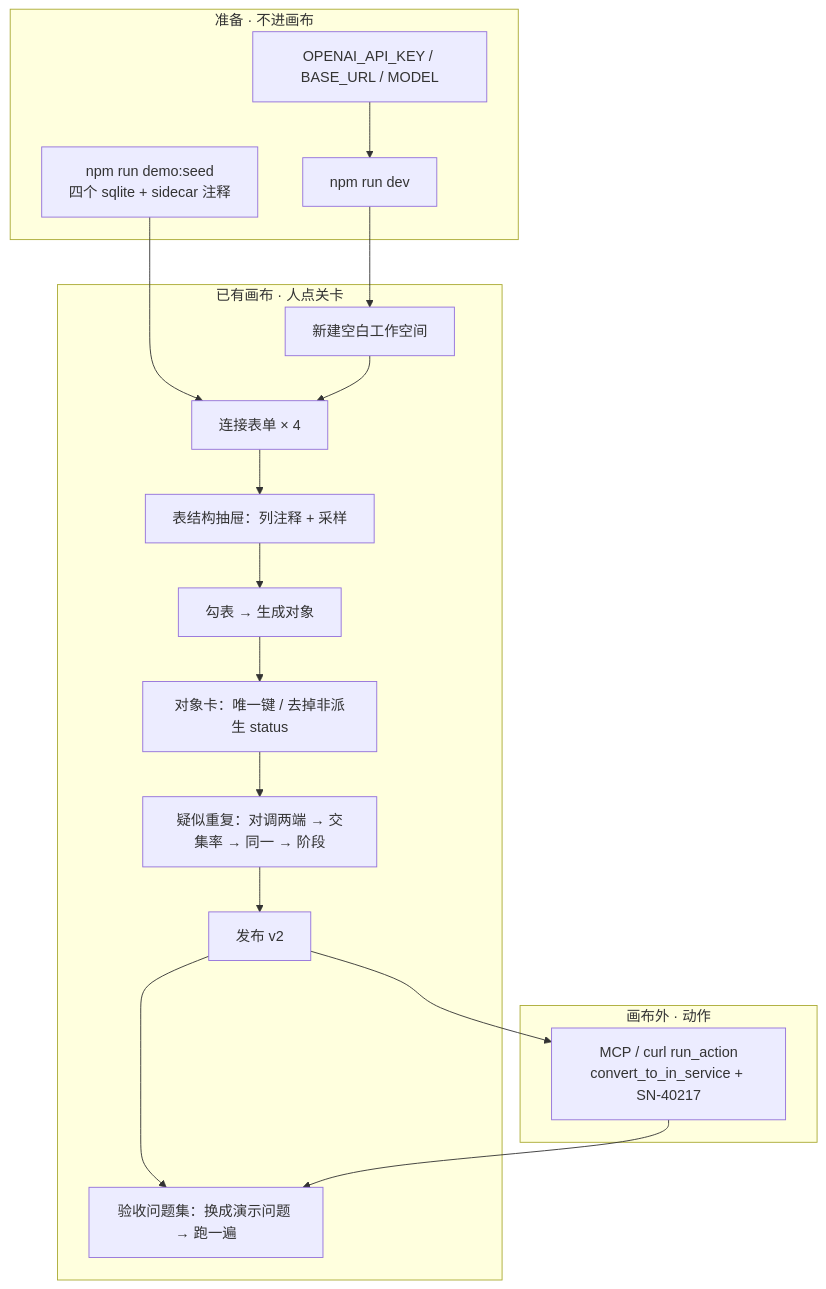
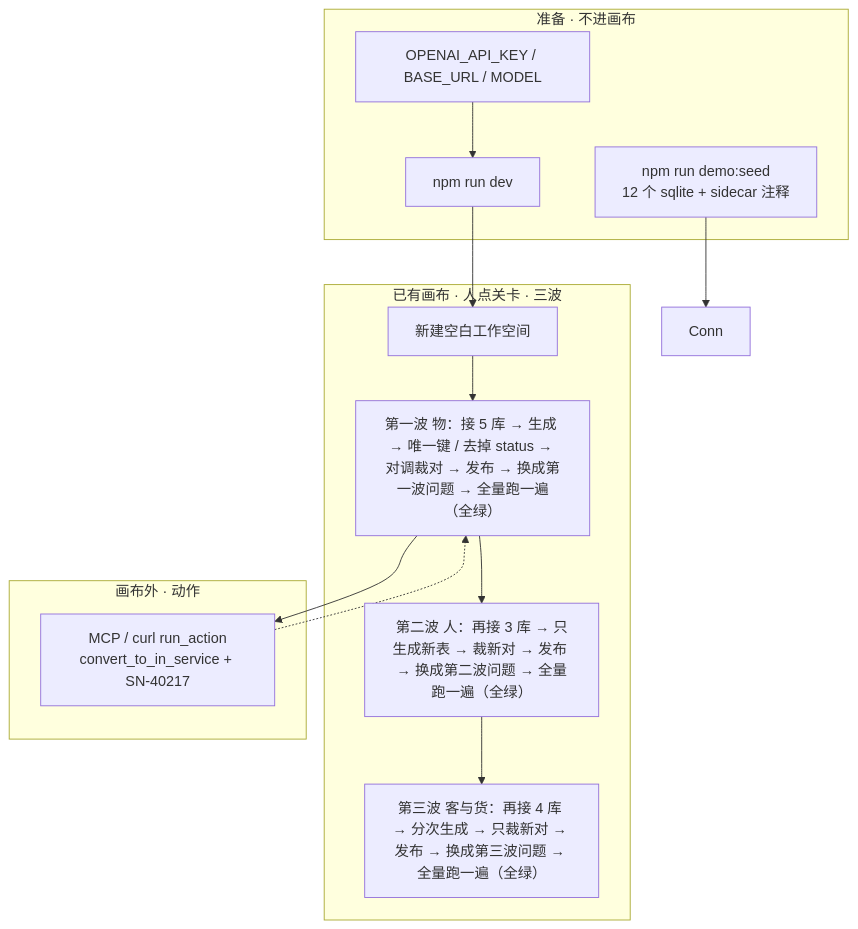
Before and after one commit to majiang213/Ontos: the first of 3 diagrams in docs/真模型端到端测试.md, drawn with Mermaid. The commit also changed other lines of this file and 19 other files, not shown here.

````diff
--- a/docs/真模型端到端测试.md
+++ b/docs/真模型端到端测试.md
@@ -101,24 +142,21 @@
 ```mermaid
 flowchart TB
   subgraph prep [准备 · 不进画布]
-    Seed["npm run demo:seed<br/>四个 sqlite + sidecar 注释"]
+    Seed["npm run demo:seed<br/>12 个 sqlite + sidecar 注释"]
     Env["OPENAI_API_KEY / BASE_URL / MODEL"]
     Dev["npm run dev"]
   end
-  subgraph canvas [已有画布 · 人点关卡]
+  subgraph canvas [已有画布 · 人点关卡 · 三波]
     Ws["新建空白工作空间"]
-    Conn["连接表单 × 4"]
-    Drawer["表结构抽屉：列注释 + 采样"]
-    Gen["勾表 → 生成对象"]
-    Edit["对象卡：唯一键 / 去掉非派生 status"]
-    Pairs["疑似重复：对调两端 → 交集率 → 同一 → 阶段"]
-    Pub["发布 v2"]
-    Q["验收问题集：换成演示问题 → 跑一遍"]
+    W1["第一波 物：接 5 库 → 生成 → 唯一键 / 去掉 status → 对调裁对 → 发布 → 换成第一波问题 → 全量跑一遍（全绿）"]
+    W2["第二波 人：再接 3 库 → 只生成新表 → 裁新对 → 发布 → 换成第二波问题 → 全量跑一遍（全绿）"]
+    W3["第三波 客与货：再接 4 库 → 分次生成 → 只裁新对 → 发布 → 换成第三波问题 → 全量跑一遍（全绿）"]
   end
   subgraph outside [画布外 · 动作]
     MCP["MCP / curl run_action<br/>convert_to_in_service + SN-40217"]
   end
   Seed --> Conn
-  Env --> Dev --> Ws --> Conn --> Drawer --> Gen --> Edit --> Pairs --> Pub --> Q
-  Pub --> MCP --> Q
+  Env --> Dev --> Ws --> W1 --> W2 --> W3
+  W1 --> MCP
+  MCP -.-> W1
 ```
````
